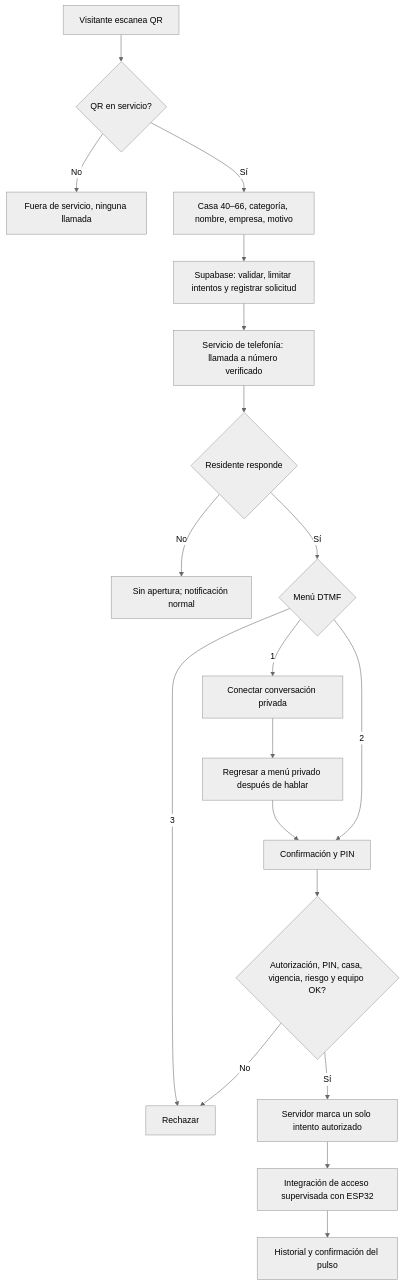
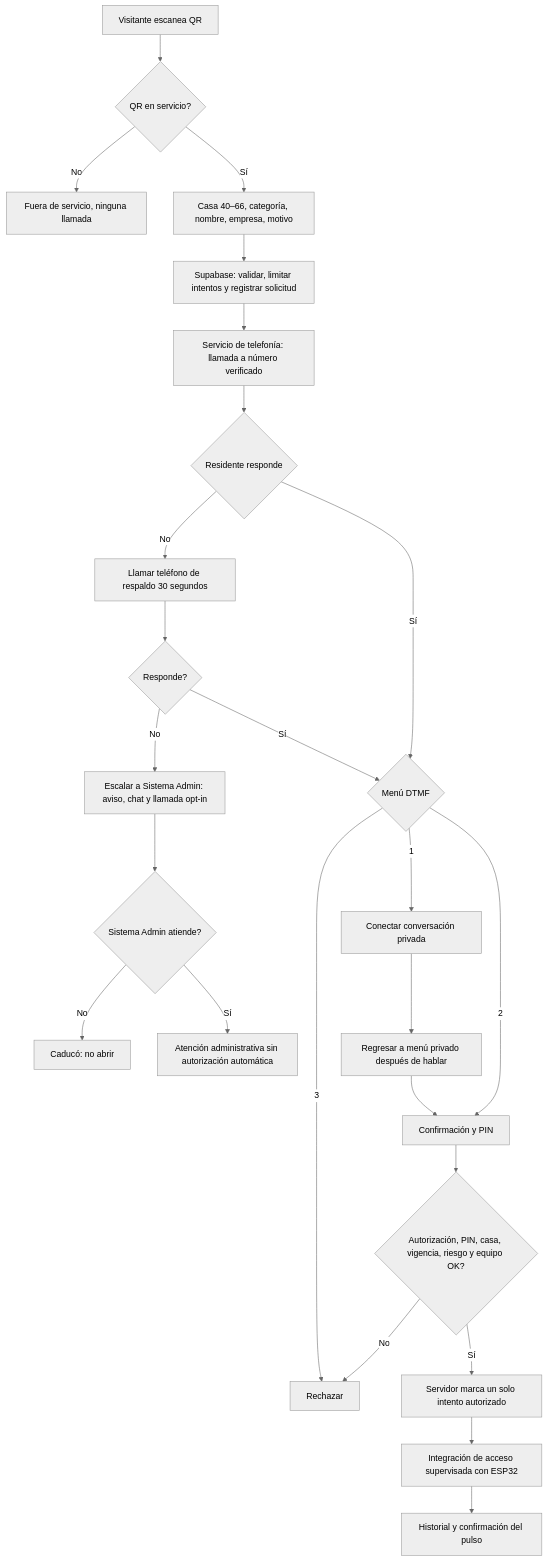
The diagram in docs/interfon_telefonico_proveedores_visitas.md (kevin1507g-dev/Administrasion-privada), drawn with Mermaid (neutral theme) before and after one commit. The commit also changed other lines of this file, not shown here.

Commit message:
Design fallback to Sistema Admin when phones go unanswered

````diff
--- a/docs/interfon_telefonico_proveedores_visitas.md
+++ b/docs/interfon_telefonico_proveedores_visitas.md
@@ -17,21 +37,27 @@
 ```mermaid
 flowchart TD
   A[Visitante escanea QR] --> B{QR en servicio?}
   B -->|No| C[Fuera de servicio, ninguna llamada]
   B -->|Sí| D[Casa 40–66, categoría, nombre, empresa, motivo]
   D --> E[Supabase: validar, limitar intentos y registrar solicitud]
   E --> F[Servicio de telefonía: llamada a número verificado]
   F --> G{Residente responde}
-  G -->|No| H[Sin apertura; notificación normal]
+  G -->|No| H[Llamar teléfono de respaldo 30 segundos]
+  H --> I2{Responde?}
+  I2 -->|No| S[Escalar a Sistema Admin: aviso, chat y llamada opt-in]
+  I2 -->|Sí| I
+  S --> T{Sistema Admin atiende?}
+  T -->|No| U[Caducó: no abrir]
+  T -->|Sí| V[Atención administrativa sin autorización automática]
   G -->|Sí| I{Menú DTMF}
   I -->|1| J[Conectar conversación privada]
   J --> K[Regresar a menú privado después de hablar]
   K --> L[Confirmación y PIN]
   I -->|2| L
   I -->|3| M[Rechazar]
   L --> N{Autorización, PIN, casa, vigencia, riesgo y equipo OK?}
   N -->|No| M
   N -->|Sí| O[Servidor marca un solo intento autorizado]
   O --> P[Integración de acceso supervisada con ESP32]
   P --> Q[Historial y confirmación del pulso]
 ```
````
